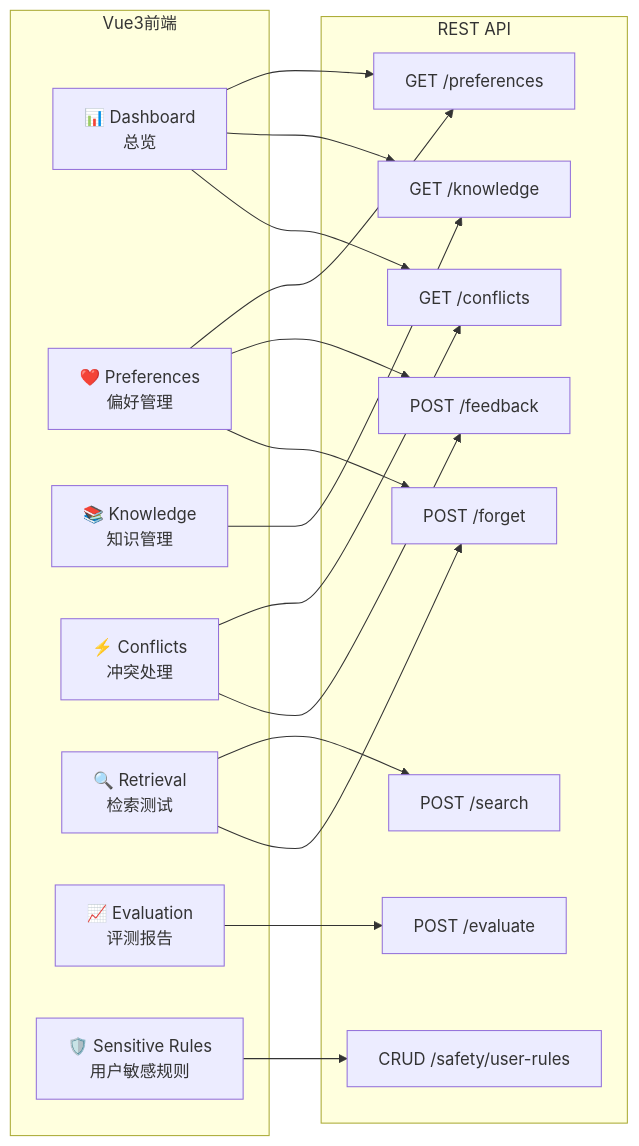
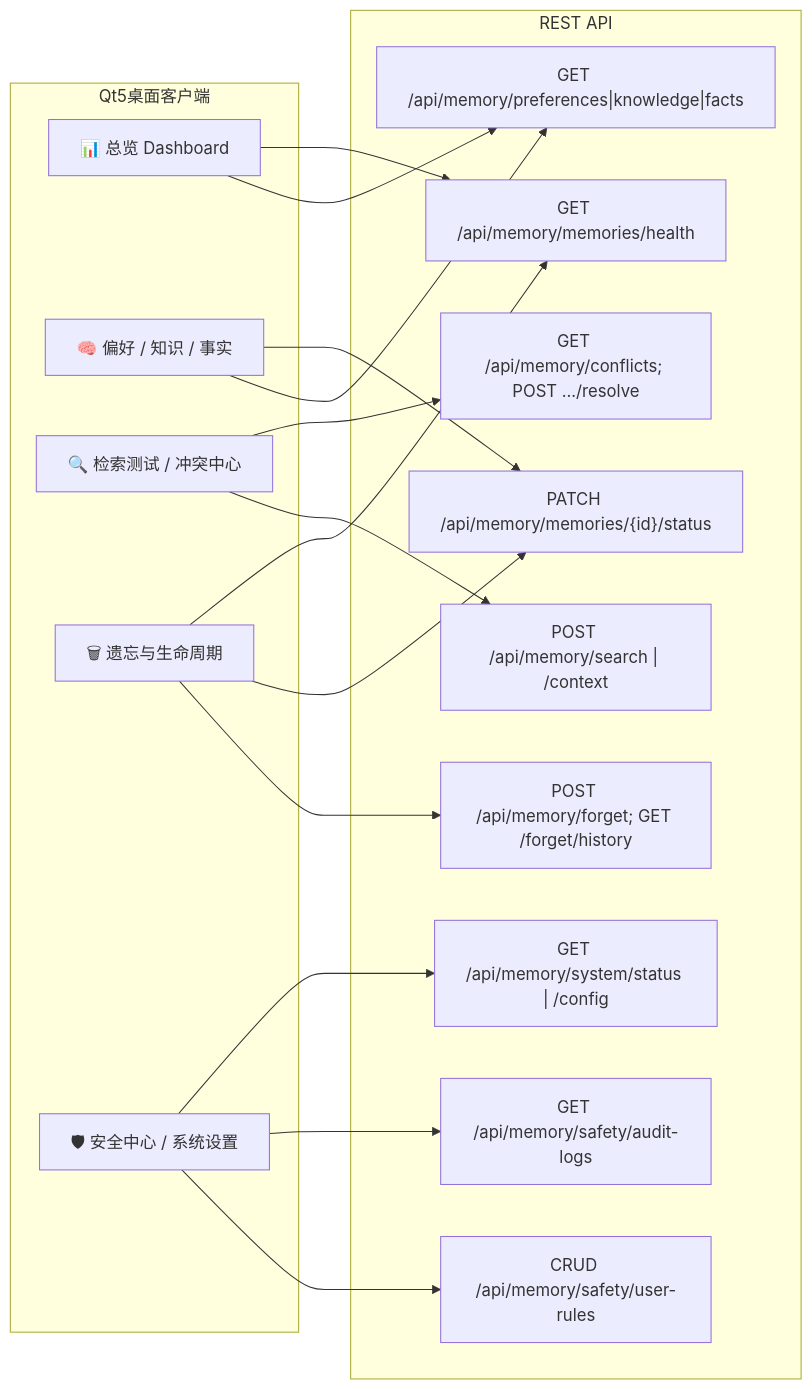
Diagram 11 of 11 in docs/ARCHITECTURE.md (pyzw618/XA202612-2), drawn with Mermaid before and after one commit. The commit also changed other lines of this file and 41 other files, not shown here.

````diff
--- a/docs/ARCHITECTURE.md
+++ b/docs/ARCHITECTURE.md
@@ -547,37 +551,35 @@
 ```mermaid
 graph LR
-    subgraph Vue3前端
-        P1["📊 Dashboard<br/>总览"]
-        P2["❤️ Preferences<br/>偏好管理"]
-        P3["📚 Knowledge<br/>知识管理"]
-        P4["⚡ Conflicts<br/>冲突处理"]
-        P5["🔍 Retrieval<br/>检索测试"]
-        P6["📈 Evaluation<br/>评测报告"]
-        P7["🛡️ Sensitive Rules<br/>用户敏感规则"]
+    subgraph Qt5桌面客户端
+        P1["📊 总览 Dashboard"]
+        P2["🧠 偏好 / 知识 / 事实"]
+        P3["🔍 检索测试 / 冲突中心"]
+        P4["🗑 遗忘与生命周期"]
+        P5["🛡 安全中心 / 系统设置"]
     end
 
     subgraph REST API
-        A1["GET /preferences"]
-        A2["GET /knowledge"]
-        A3["GET /conflicts"]
-        A4["POST /search"]
-        A5["POST /evaluate"]
-        A6["POST /forget"]
-        A7["POST /feedback"]
-        A8["CRUD /safety/user-rules"]
+        A1["GET /api/memory/preferences|knowledge|facts"]
+        A2["POST /api/memory/search | /context"]
+        A3["GET /api/memory/conflicts; POST .../resolve"]
+        A4["POST /api/memory/forget; GET /forget/history"]
+        A5["PATCH /api/memory/memories/{id}/status"]
+        A6["GET /api/memory/memories/health"]
+        A7["CRUD /api/memory/safety/user-rules"]
+        A8["GET /api/memory/safety/audit-logs"]
+        A9["GET /api/memory/system/status | /config"]
     end
 
     P1 --> A1
-    P1 --> A2
-    P1 --> A3
+    P1 --> A6
     P2 --> A1
-    P2 --> A7
-    P2 --> A6
+    P2 --> A5
     P3 --> A2
-    P4 --> A3
-    P4 --> A7
-    P5 --> A4
-    P5 --> A6
-    P6 --> A5
-    P7 --> A8
+    P3 --> A3
+    P4 --> A4
+    P4 --> A5
+    P4 --> A6
+    P5 --> A7
+    P5 --> A8
+    P5 --> A9
 ```
````
